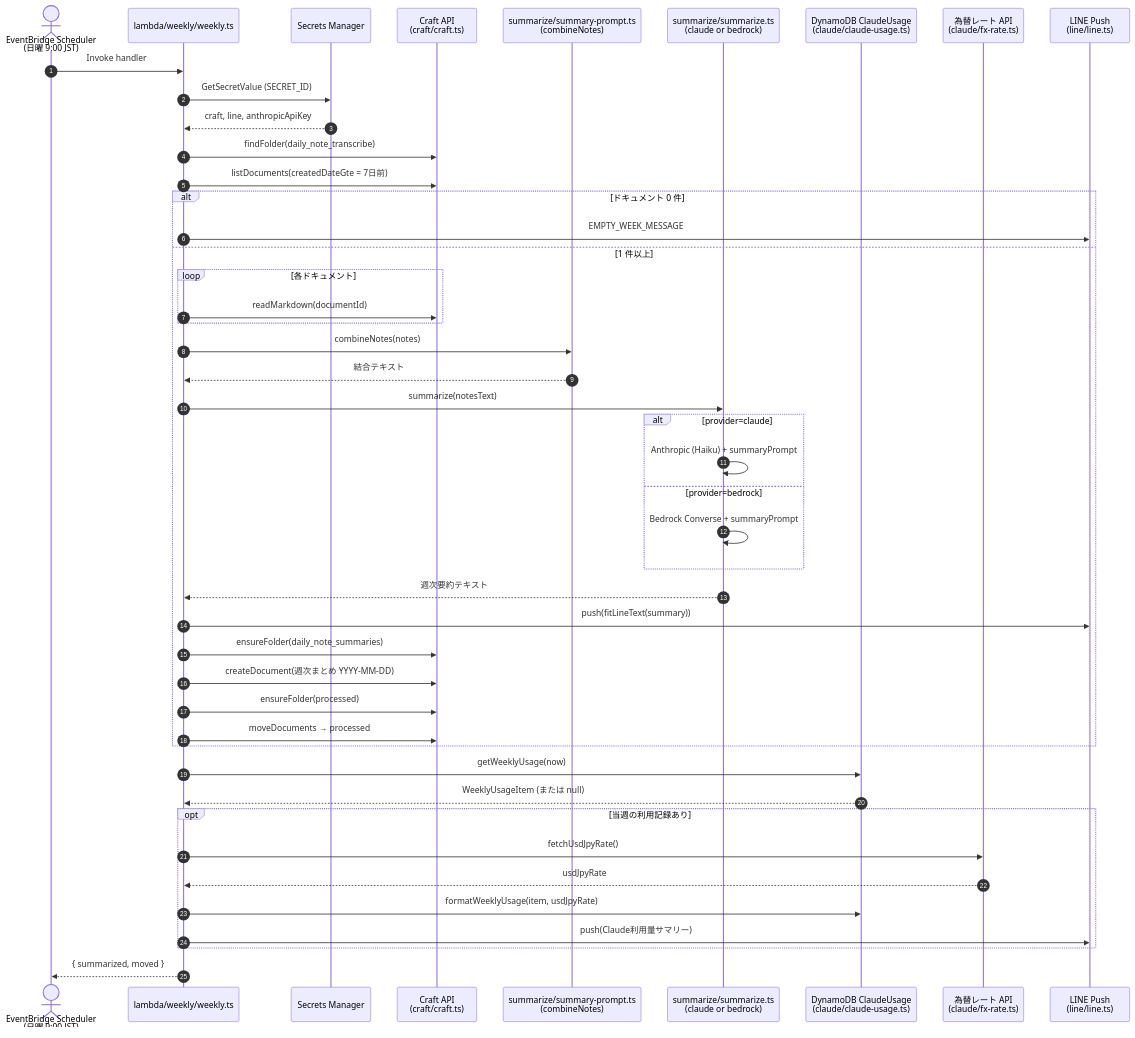
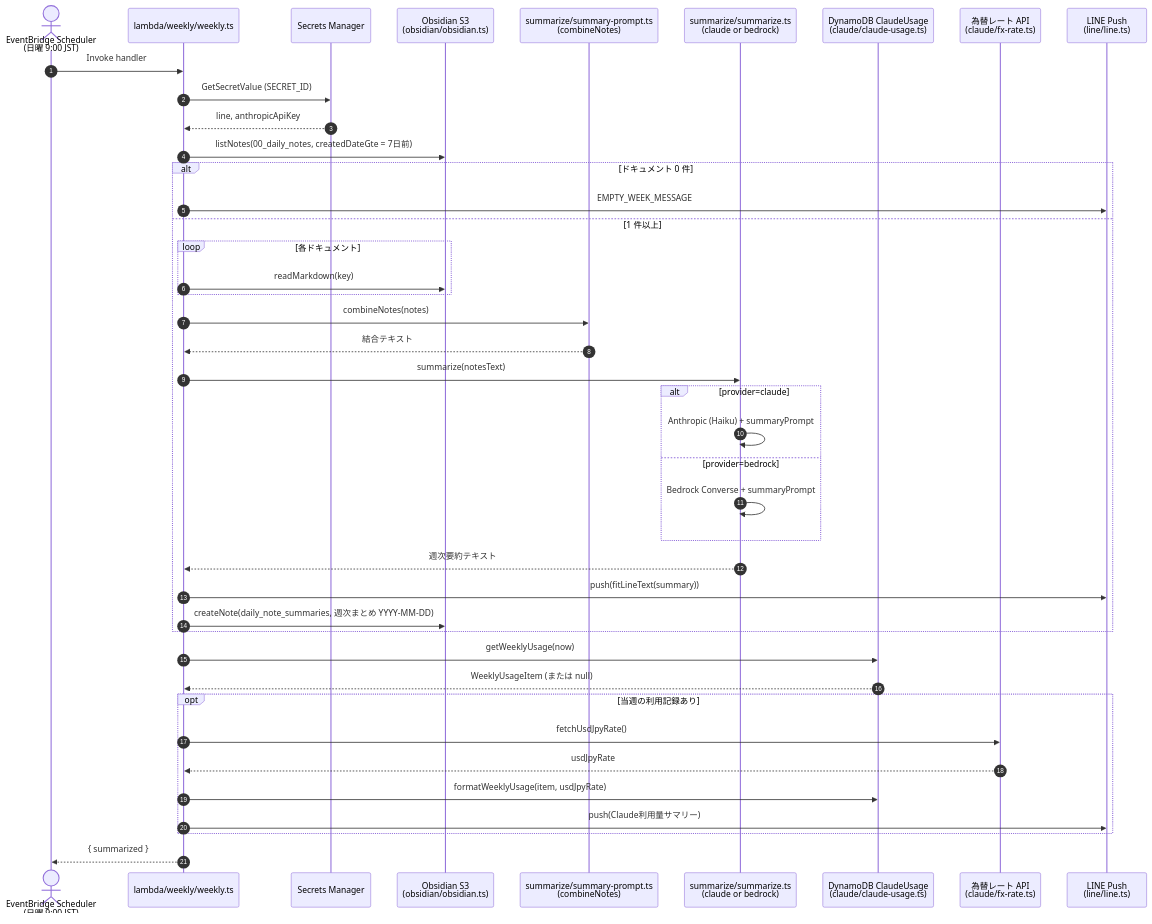
The second of 5 diagrams in specifications/request-sequence.md (suzy1031/transcribe-save-to-notes-app), drawn with Mermaid before and after one commit. The commit also changed other lines of this file and 3 other files, not shown here.

````diff
--- a/specifications/request-sequence.md
+++ b/specifications/request-sequence.md
@@ -88,52 +86,48 @@
 ```mermaid
 sequenceDiagram
     autonumber
     actor Scheduler as EventBridge Scheduler<br/>(日曜 9:00 JST)
     participant Weekly as lambda/weekly/weekly.ts
     participant SM as Secrets Manager
-    participant Craft as Craft API<br/>(craft/craft.ts)
+    participant Obsidian as Obsidian S3<br/>(obsidian/obsidian.ts)
     participant Prompt as summarize/summary-prompt.ts<br/>(combineNotes)
     participant Summarize as summarize/summarize.ts<br/>(claude or bedrock)
     participant Usage as DynamoDB ClaudeUsage<br/>(claude/claude-usage.ts)
     participant Fx as 為替レート API<br/>(claude/fx-rate.ts)
     participant Line as LINE Push<br/>(line/line.ts)
 
     Scheduler->>Weekly: Invoke handler
     Weekly->>SM: GetSecretValue (SECRET_ID)
-    SM-->>Weekly: craft, line, anthropicApiKey
+    SM-->>Weekly: line, anthropicApiKey
 
-    Weekly->>Craft: findFolder(daily_note_transcribe)
-    Weekly->>Craft: listDocuments(createdDateGte = 7日前)
+    Weekly->>Obsidian: listNotes(00_daily_notes, createdDateGte = 7日前)
 
     alt ドキュメント 0 件
         Weekly->>Line: EMPTY_WEEK_MESSAGE
     else 1 件以上
         loop 各ドキュメント
-            Weekly->>Craft: readMarkdown(documentId)
+            Weekly->>Obsidian: readMarkdown(key)
         end
         Weekly->>Prompt: combineNotes(notes)
         Prompt-->>Weekly: 結合テキスト
         Weekly->>Summarize: summarize(notesText)
         alt provider=claude
             Summarize->>Summarize: Anthropic (Haiku) + summaryPrompt
         else provider=bedrock
             Summarize->>Summarize: Bedrock Converse + summaryPrompt
         end
         Summarize-->>Weekly: 週次要約テキスト
         Weekly->>Line: push(fitLineText(summary))
-        Weekly->>Craft: ensureFolder(daily_note_summaries)
-        Weekly->>Craft: createDocument(週次まとめ YYYY-MM-DD)
-        Weekly->>Craft: ensureFolder(processed)
-        Weekly->>Craft: moveDocuments → processed
+        Weekly->>Obsidian: createNote(daily_note_summaries, 週次まとめ YYYY-MM-DD)
     end
 
     Weekly->>Usage: getWeeklyUsage(now)
     Usage-->>Weekly: WeeklyUsageItem (または null)
     opt 当週の利用記録あり
         Weekly->>Fx: fetchUsdJpyRate()
         Fx-->>Weekly: usdJpyRate
         Weekly->>Usage: formatWeeklyUsage(item, usdJpyRate)
         Weekly->>Line: push(Claude利用量サマリー)
     end
-    Weekly-->>Scheduler: { summarized, moved }
+    Weekly-->>Scheduler: { summarized }
 ```
````
